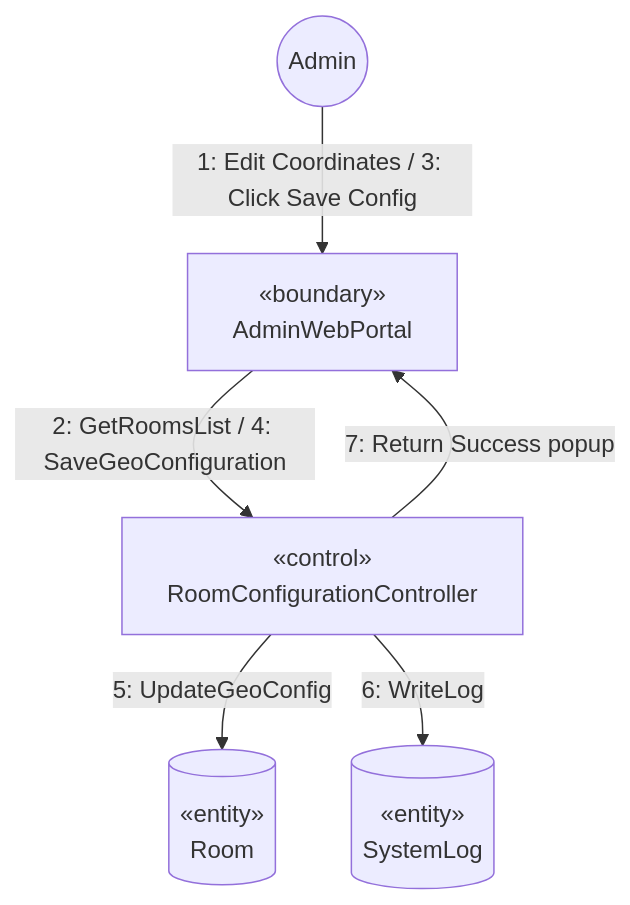
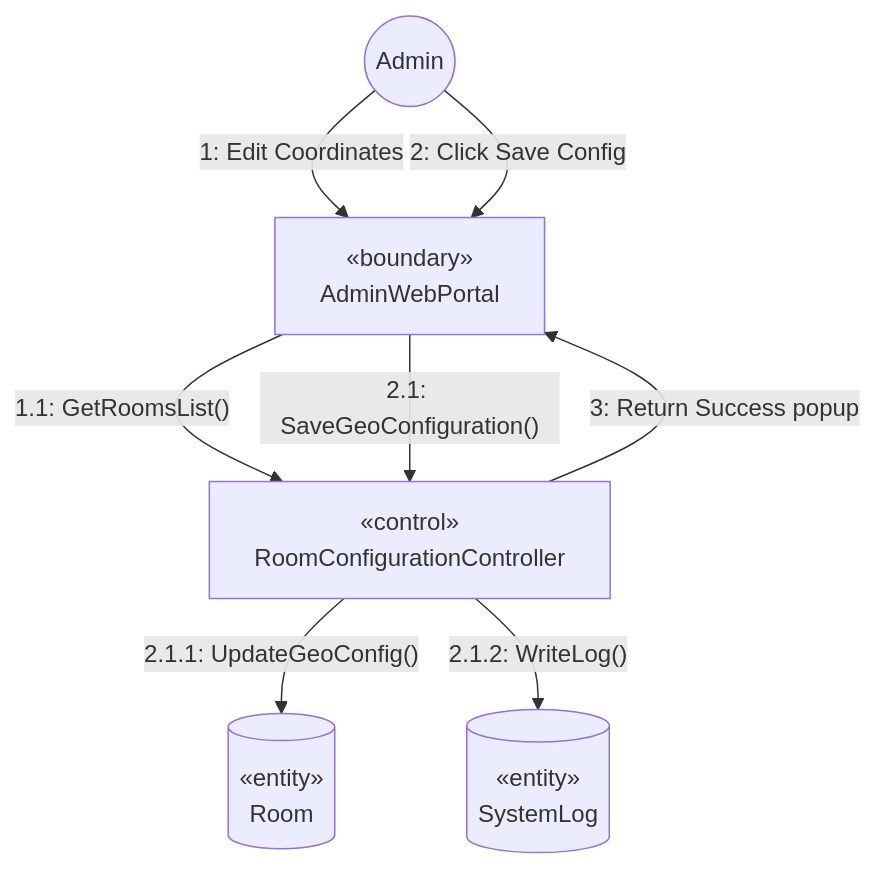
Diagram 15 of 31 in AFAS_RDS_Document.md (nttung42/SWD392), drawn with Mermaid before and after one commit. The commit also changed other lines of this file, not shown here.

````diff
--- a/AFAS_RDS_Document.md
+++ b/AFAS_RDS_Document.md
@@ -1033,15 +1447,17 @@
 ```mermaid
 graph TD
     AD((Admin))
     AWP[«boundary»<br>AdminWebPortal]
     RCC[«control»<br>RoomConfigurationController]
     R[(«entity»<br>Room)]
     SL[(«entity»<br>SystemLog)]
 
-    AD -->|1: Edit Coordinates / 3: Click Save Config| AWP
-    AWP -->|2: GetRoomsList / 4: SaveGeoConfiguration| RCC
+    AD -->|"1: Edit Coordinates"| AWP
+    AD -->|"2: Click Save Config"| AWP
+    AWP -->|"1.1: GetRoomsList()"| RCC
+    AWP -->|"2.1: SaveGeoConfiguration()"| RCC
     
-    RCC -->|5: UpdateGeoConfig| R
-    RCC -->|6: WriteLog| SL
-    RCC -->|7: Return Success popup| AWP
+    RCC -->|"2.1.1: UpdateGeoConfig()"| R
+    RCC -->|"2.1.2: WriteLog()"| SL
+    RCC -->|"3: Return Success popup"| AWP
 ```
````
